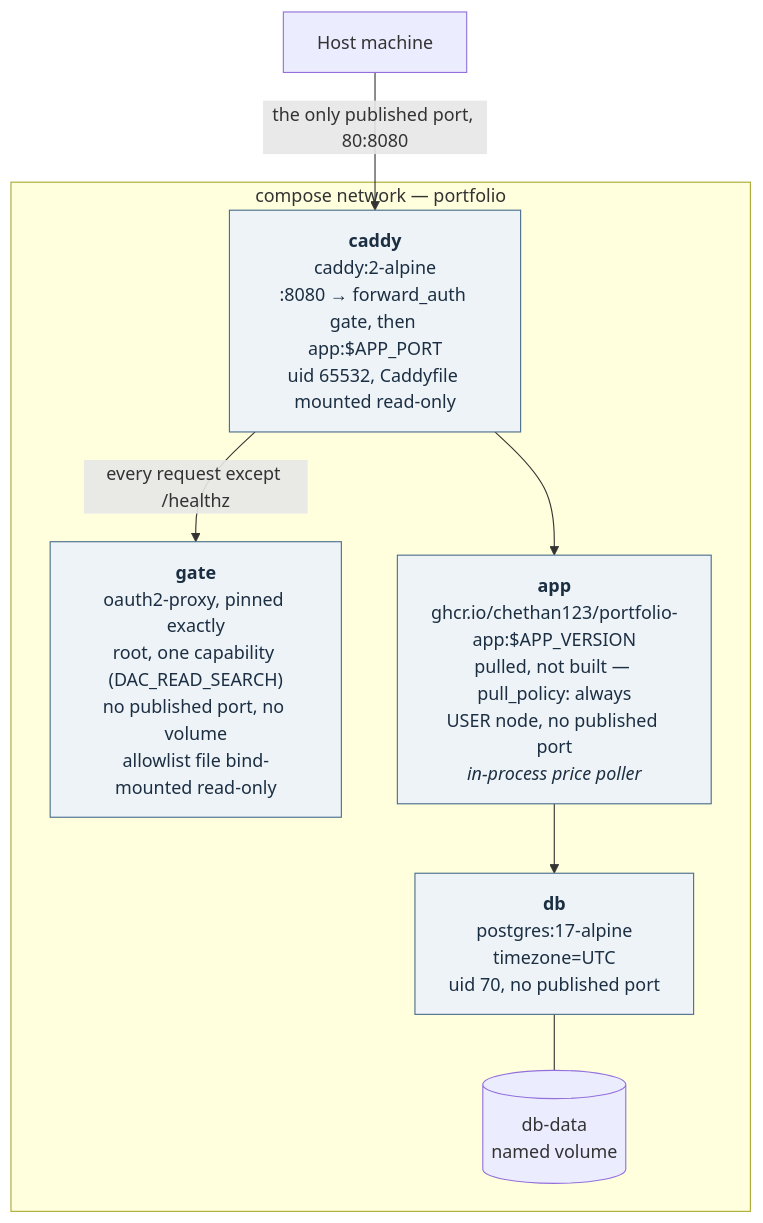
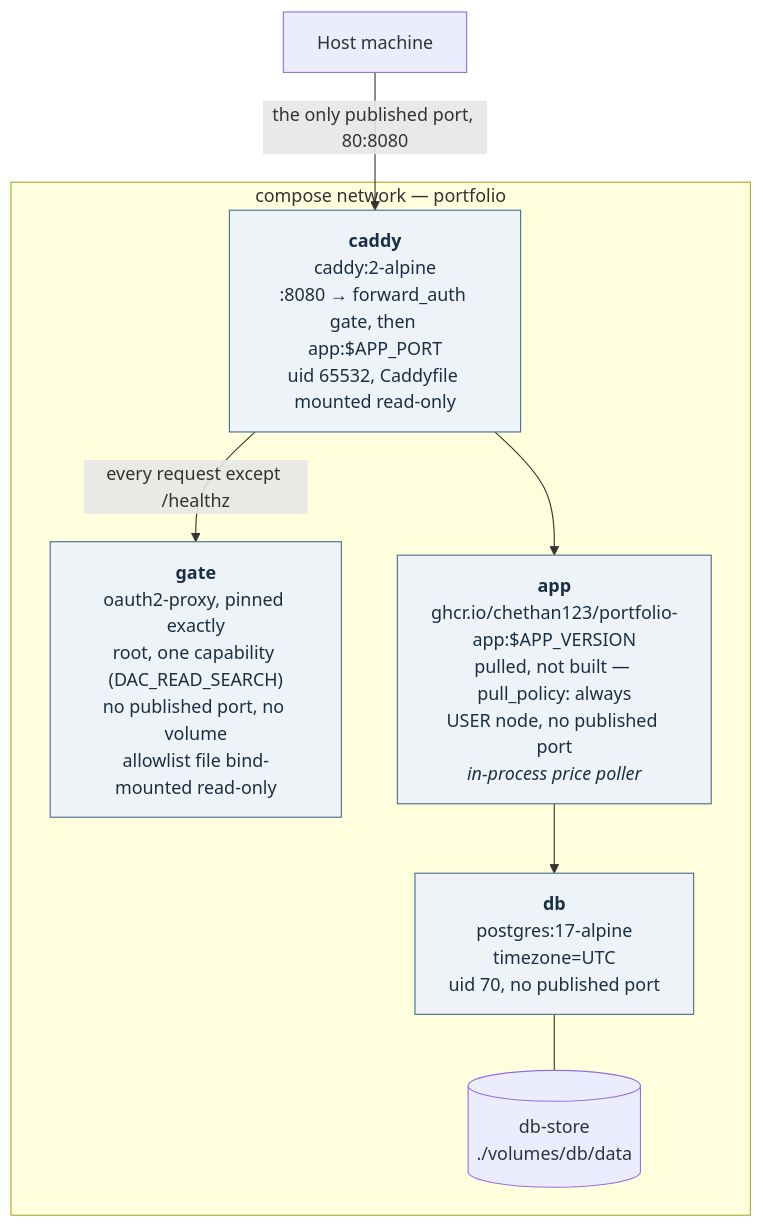
The second of 10 diagrams in ARCHITECTURE.md (chethan123/portfolio), drawn with Mermaid before and after one commit. The commit also changed other lines of this file and 5 other files, not shown here.

````diff
--- a/ARCHITECTURE.md
+++ b/ARCHITECTURE.md
@@ -136,21 +136,21 @@
 ```mermaid
 graph TB
     host["Host machine"]
 
     subgraph compose["compose network — portfolio"]
         caddy["<b>caddy</b><br/>caddy:2-alpine<br/>:8080 → forward_auth gate, then app:$APP_PORT<br/>uid 65532, Caddyfile mounted read-only"]
         gate["<b>gate</b><br/>oauth2-proxy, pinned exactly<br/>root, one capability (DAC_READ_SEARCH)<br/>no published port, no volume<br/>allowlist file bind-mounted read-only"]
         app["<b>app</b><br/>ghcr.io/chethan123/portfolio-app:$APP_VERSION<br/>pulled, not built — pull_policy: always<br/>USER node, no published port<br/><i>in-process price poller</i>"]
         db["<b>db</b><br/>postgres:17-alpine<br/>timezone=UTC<br/>uid 70, no published port"]
-        vol[("db-data<br/>named volume")]
+        vol[("db-store<br/>./volumes/db/data")]
     end
 
     host -->|"the only published port, 80:8080"| caddy
     caddy -->|"every request except /healthz"| gate
     caddy --> app
     app --> db
     db --- vol
 
     classDef svc fill:#eef3f8,stroke:#4a6d8c,color:#1c2f42
     class caddy,gate,app,db svc
 ```
````
